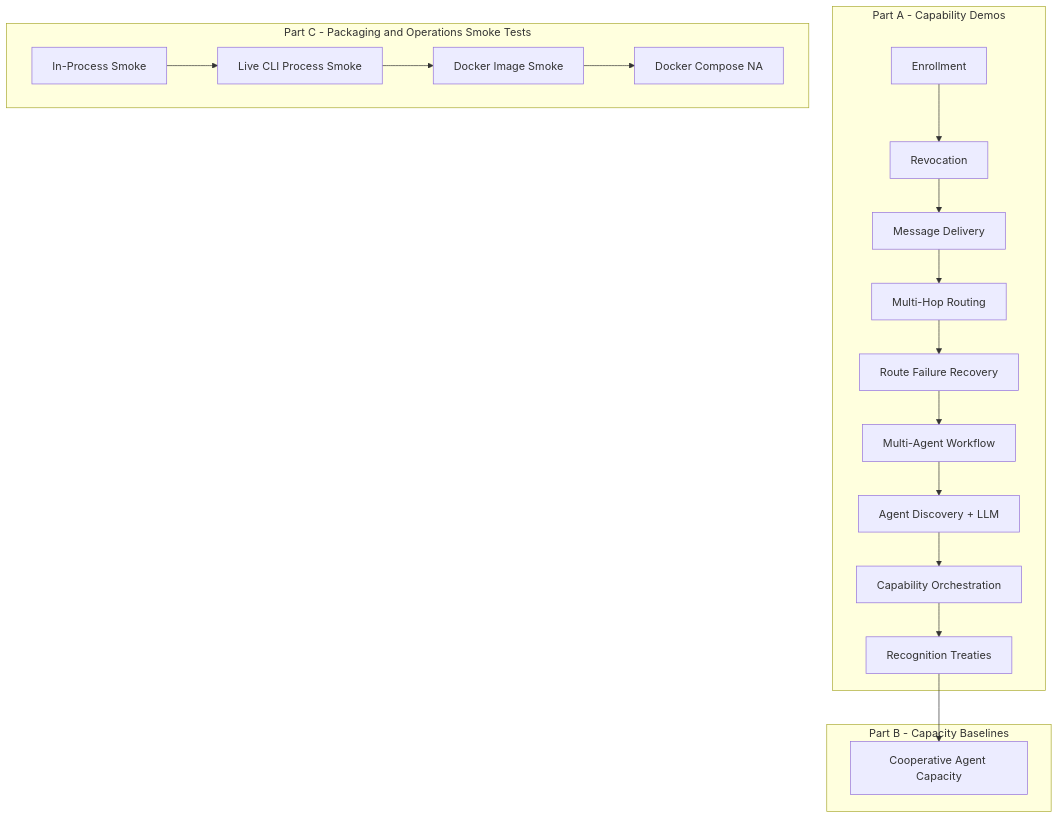
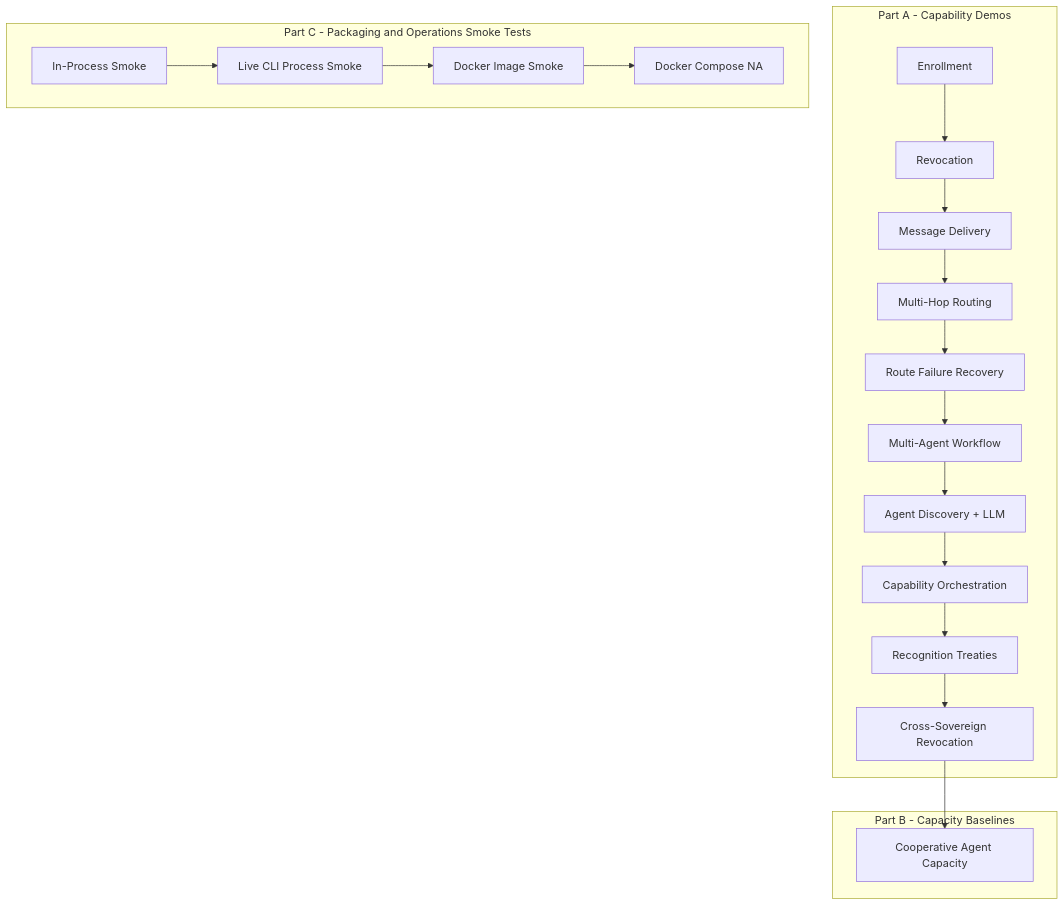
The first of 13 diagrams in docs/examples/demos.md (GenesisMeshLabs/genesismesh), drawn with Mermaid before and after one commit. The commit also changed other lines of this file and 20 other files, not shown here.

Commit message:
Release v0.11.0 cross-sovereign revocation

````diff
--- a/docs/examples/demos.md
+++ b/docs/examples/demos.md
@@ -25,29 +25,30 @@
 ```{mermaid}
 flowchart TD
     subgraph A[Part A - Capability Demos]
         A1[Enrollment]
         A2[Revocation]
         A3[Message Delivery]
         A4[Multi-Hop Routing]
         A5[Route Failure Recovery]
         A6[Multi-Agent Workflow]
         A7[Agent Discovery + LLM]
         A8[Capability Orchestration]
         A9[Recognition Treaties]
+        A10[Cross-Sovereign Revocation]
     end
 
     subgraph B[Part B - Capacity Baselines]
         B1[Cooperative Agent Capacity]
     end
 
     subgraph C[Part C - Packaging and Operations Smoke Tests]
         C1[In-Process Smoke]
         C2[Live CLI Process Smoke]
         C3[Docker Image Smoke]
         C4[Docker Compose NA]
     end
 
-    A1 --> A2 --> A3 --> A4 --> A5 --> A6 --> A7 --> A8 --> A9
-    A9 --> B1
+    A1 --> A2 --> A3 --> A4 --> A5 --> A6 --> A7 --> A8 --> A9 --> A10
+    A10 --> B1
     C1 --> C2 --> C3 --> C4
 ```
````
